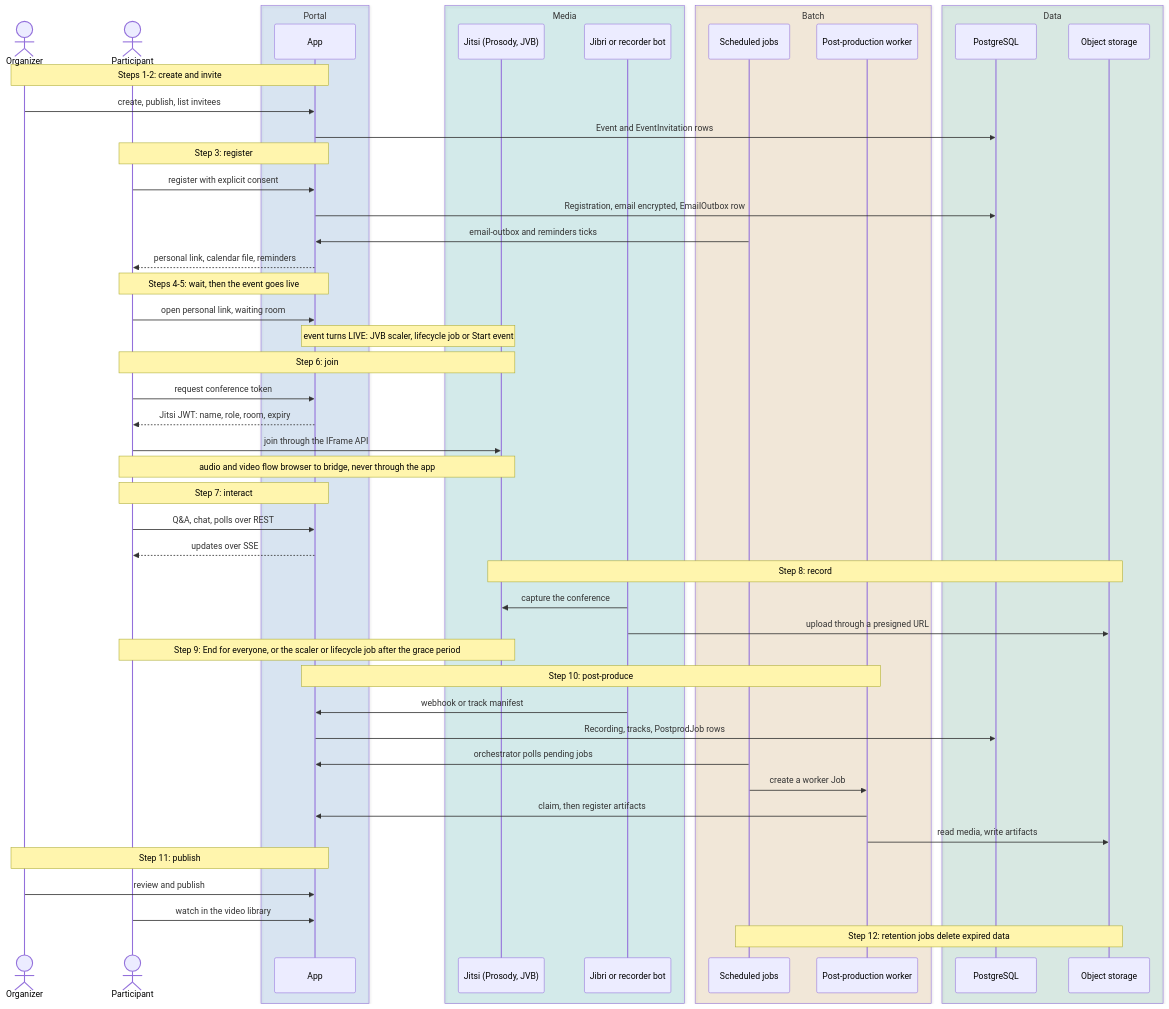
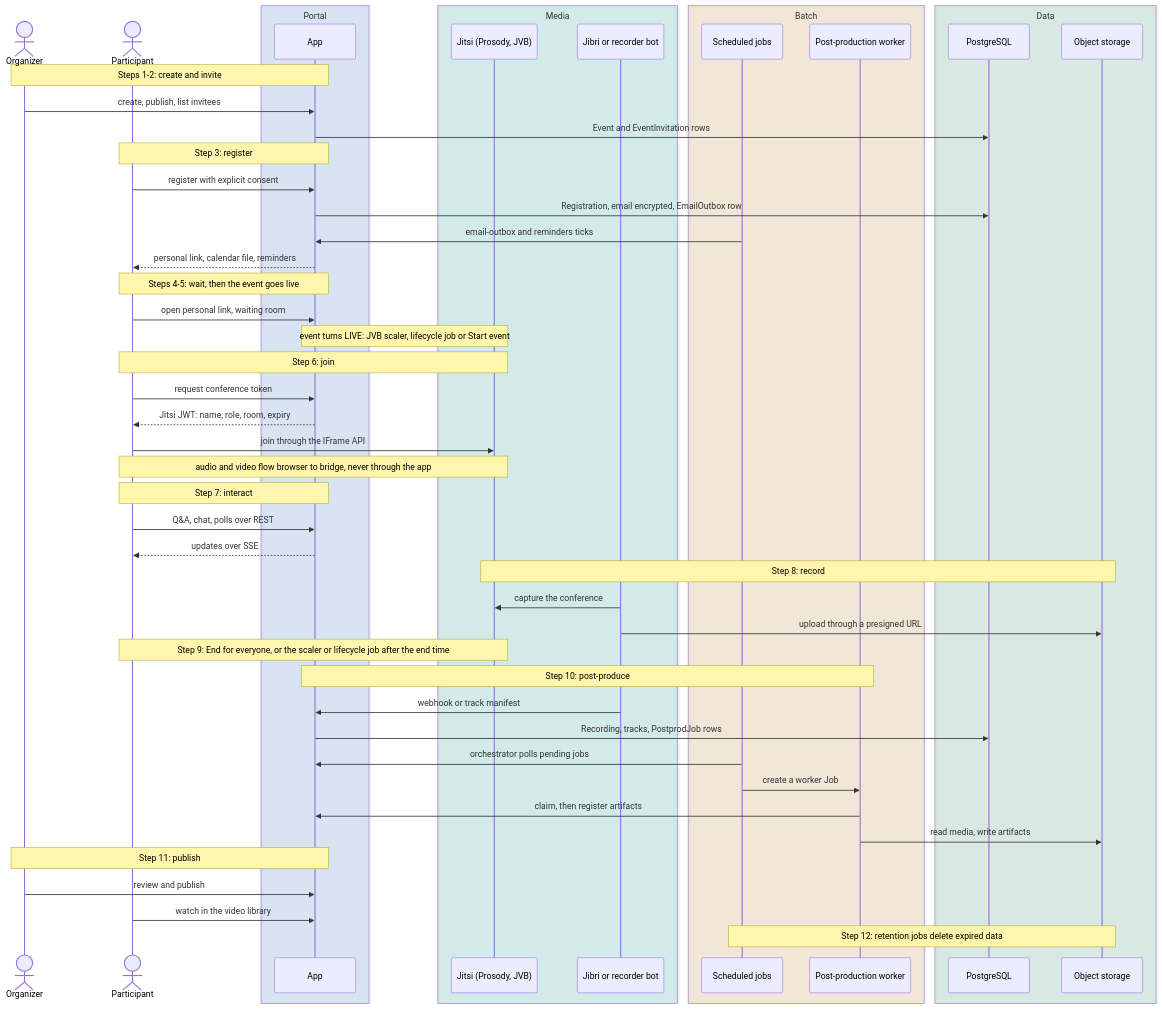
Before and after one commit to italia/pa-webinar: the fourth of 4 diagrams in docs/ARCHITECTURE.md, drawn with Mermaid. The commit also changed other lines of this file and 50 other files, not shown here.

````diff
--- a/docs/ARCHITECTURE.md
+++ b/docs/ARCHITECTURE.md
@@ -276,55 +276,55 @@
 ```mermaid
 sequenceDiagram
   actor ORG as Organizer
   actor PT as Participant
   box rgba(0,102,204,0.12) Portal
     participant APP as App
   end
   box rgba(0,163,163,0.14) Media
     participant JIT as Jitsi (Prosody, JVB)
     participant CAP as Jibri or recorder bot
   end
   box rgba(204,122,0,0.12) Batch
     participant JOB as Scheduled jobs
     participant WRK as Post-production worker
   end
   box rgba(0,128,85,0.12) Data
     participant DB as PostgreSQL
     participant OBJ as Object storage
   end
 
   Note over ORG,APP: Steps 1-2: create and invite
   ORG->>APP: create, publish, list invitees
   APP->>DB: Event and EventInvitation rows
   Note over PT,APP: Step 3: register
   PT->>APP: register with explicit consent
   APP->>DB: Registration, email encrypted, EmailOutbox row
   JOB->>APP: email-outbox and reminders ticks
   APP-->>PT: personal link, calendar file, reminders
   Note over PT,APP: Steps 4-5: wait, then the event goes live
   PT->>APP: open personal link, waiting room
   Note over APP,JIT: event turns LIVE: JVB scaler, lifecycle job or Start event
   Note over PT,JIT: Step 6: join
   PT->>APP: request conference token
   APP-->>PT: Jitsi JWT: name, role, room, expiry
   PT->>JIT: join through the IFrame API
   Note over PT,JIT: audio and video flow browser to bridge, never through the app
   Note over PT,APP: Step 7: interact
   PT->>APP: Q&A, chat, polls over REST
   APP-->>PT: updates over SSE
   Note over JIT,OBJ: Step 8: record
   CAP->>JIT: capture the conference
   CAP->>OBJ: upload through a presigned URL
-  Note over PT,JIT: Step 9: End for everyone, or the scaler or lifecycle job after the grace period
+  Note over PT,JIT: Step 9: End for everyone, or the scaler or lifecycle job after the end time
   Note over APP,WRK: Step 10: post-produce
   CAP->>APP: webhook or track manifest
   APP->>DB: Recording, tracks, PostprodJob rows
   JOB->>APP: orchestrator polls pending jobs
   JOB->>WRK: create a worker Job
   WRK->>APP: claim, then register artifacts
   WRK->>OBJ: read media, write artifacts
   Note over ORG,APP: Step 11: publish
   ORG->>APP: review and publish
   PT->>APP: watch in the video library
   Note over JOB,OBJ: Step 12: retention jobs delete expired data
 ```
````
